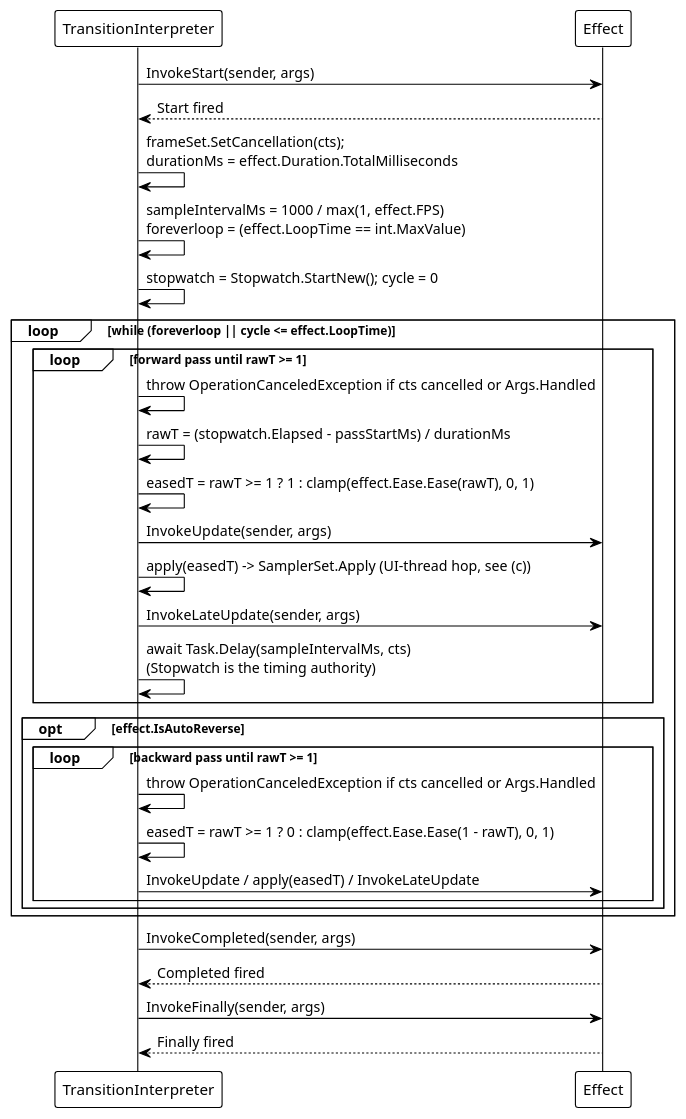
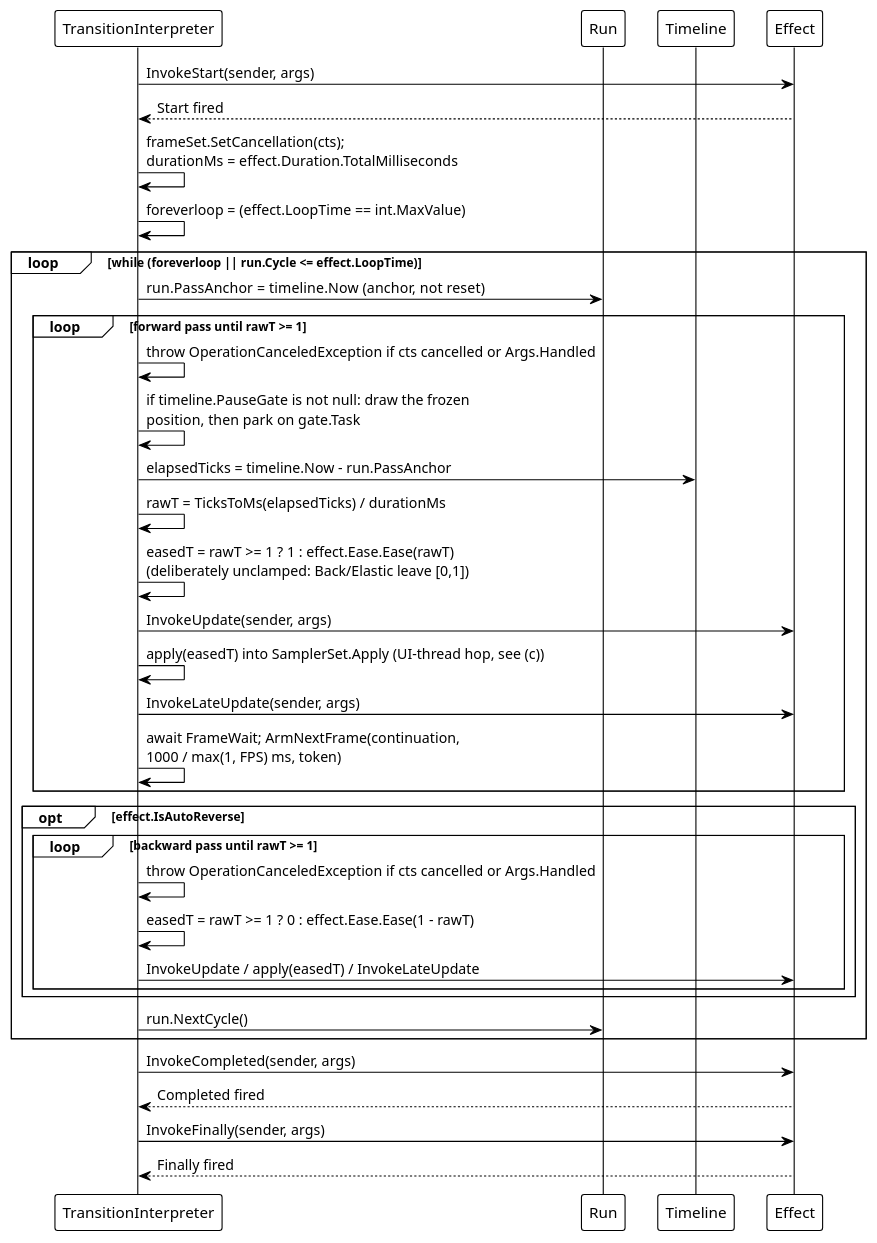
Before and after one commit to Axvser/VeloxDev.Docs: the second of 4 diagrams in src/CloudGlyph/Assets/Docs/content/en/3_SE_Analysis/03_data-flow/03_transition/index.md, drawn with PlantUML. The commit also changed other lines of this file and 63 other files, not shown here.

````diff
--- a/src/CloudGlyph/Assets/Docs/content/en/3_SE_Analysis/03_data-flow/03_transition/index.md
+++ b/src/CloudGlyph/Assets/Docs/content/en/3_SE_Analysis/03_data-flow/03_transition/index.md
@@ -88,37 +90,42 @@
 ```plantuml
 @startuml
 !theme plain
 
 participant "TransitionInterpreter" as TI
+participant "Run" as RUN
+participant "Timeline" as TL
 participant "Effect" as EF
 
 TI -> EF: InvokeStart(sender, args)
 EF --> TI: Start fired
 TI -> TI: frameSet.SetCancellation(cts);\ndurationMs = effect.Duration.TotalMilliseconds
-TI -> TI: sampleIntervalMs = 1000 / max(1, effect.FPS)\nforeverloop = (effect.LoopTime == int.MaxValue)
-TI -> TI: stopwatch = Stopwatch.StartNew(); cycle = 0
+TI -> TI: foreverloop = (effect.LoopTime == int.MaxValue)
 
-loop while (foreverloop || cycle <= effect.LoopTime)
+loop while (foreverloop || run.Cycle <= effect.LoopTime)
+    TI -> RUN: run.PassAnchor = timeline.Now  (anchor, not reset)
     loop forward pass until rawT >= 1
         TI -> TI: throw OperationCanceledException if cts cancelled or Args.Handled
-        TI -> TI: rawT = (stopwatch.Elapsed - passStartMs) / durationMs
-        TI -> TI: easedT = rawT >= 1 ? 1 : clamp(effect.Ease.Ease(rawT), 0, 1)
+        TI -> TI: if timeline.PauseGate is not null: draw the frozen\nposition, then park on gate.Task
+        TI -> TL: elapsedTicks = timeline.Now - run.PassAnchor
+        TI -> TI: rawT = TicksToMs(elapsedTicks) / durationMs
+        TI -> TI: easedT = rawT >= 1 ? 1 : effect.Ease.Ease(rawT)\n(deliberately unclamped: Back/Elastic leave [0,1])
         TI -> EF: InvokeUpdate(sender, args)
-        TI -> TI: apply(easedT) -> SamplerSet.Apply (UI-thread hop, see (c))
+        TI -> TI: apply(easedT) into SamplerSet.Apply (UI-thread hop, see (c))
         TI -> EF: InvokeLateUpdate(sender, args)
-        TI -> TI: await Task.Delay(sampleIntervalMs, cts)\n(Stopwatch is the timing authority)
+        TI -> TI: await FrameWait; ArmNextFrame(continuation,\n1000 / max(1, FPS) ms, token)
     end
     opt effect.IsAutoReverse
         loop backward pass until rawT >= 1
             TI -> TI: throw OperationCanceledException if cts cancelled or Args.Handled
-            TI -> TI: easedT = rawT >= 1 ? 0 : clamp(effect.Ease.Ease(1 - rawT), 0, 1)
+            TI -> TI: easedT = rawT >= 1 ? 0 : effect.Ease.Ease(1 - rawT)
             TI -> EF: InvokeUpdate / apply(easedT) / InvokeLateUpdate
         end
     end
+    TI -> RUN: run.NextCycle()
 end
 TI -> EF: InvokeCompleted(sender, args)
 EF --> TI: Completed fired
 TI -> EF: InvokeFinally(sender, args)
 EF --> TI: Finally fired
 @enduml
 ```
````
